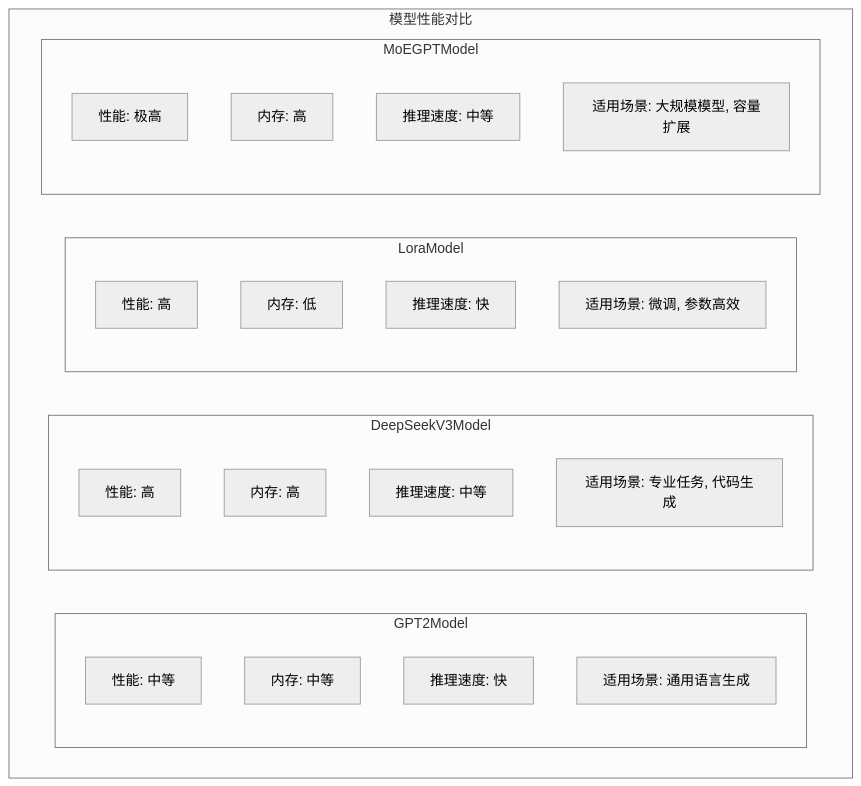
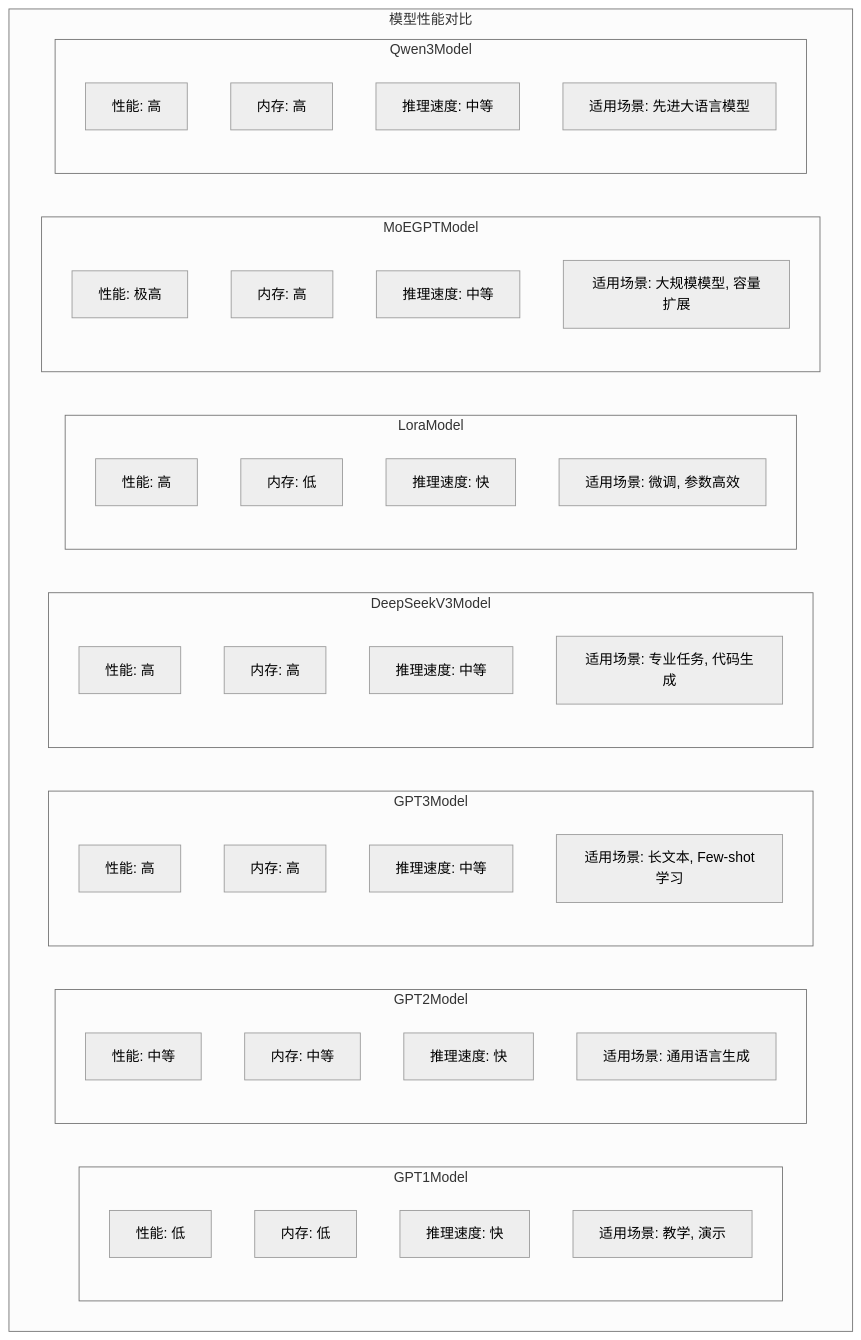
One commit to Leavesfly/TinyAI changed diagram 16 of 17 in .qoder/repowiki/zh/content/模型实现/模型实现.md. Above: the diagram before and after it, drawn with Mermaid (neutral theme). The commit also changed other lines of this file and 40 other files, not shown here.

````diff
--- a/.qoder/repowiki/zh/content/模型实现/模型实现.md
+++ b/.qoder/repowiki/zh/content/模型实现/模型实现.md
@@ -666,29 +1037,47 @@
 ```mermaid
 graph TB
 subgraph "模型性能对比"
+subgraph "GPT1Model"
+GPT1Perf[性能: 低]
+GPT1Mem[内存: 低]
+GPT1Speed[推理速度: 快]
+GPT1Use[适用场景: 教学, 演示]
+end
 subgraph "GPT2Model"
 GPT2Perf[性能: 中等]
 GPT2Mem[内存: 中等]
 GPT2Speed[推理速度: 快]
 GPT2Use[适用场景: 通用语言生成]
+end
+subgraph "GPT3Model"
+GPT3Perf[性能: 高]
+GPT3Mem[内存: 高]
+GPT3Speed[推理速度: 中等]
+GPT3Use[适用场景: 长文本, Few-shot学习]
 end
 subgraph "DeepSeekV3Model"
 DSPerf[性能: 高]
 DSMem[内存: 高]
 DSSpeed[推理速度: 中等]
 DSUse[适用场景: 专业任务, 代码生成]
 end
 subgraph "LoraModel"
 LoPerf[性能: 高]
 LoMem[内存: 低]
 LoSpeed[推理速度: 快]
 LoUse[适用场景: 微调, 参数高效]
 end
 subgraph "MoEGPTModel"
 MoPerf[性能: 极高]
 MoMem[内存: 高]
 MoSpeed[推理速度: 中等]
 MoUse[适用场景: 大规模模型, 容量扩展]
 end
+subgraph "Qwen3Model"
+QWPerf[性能: 高]
+QWMem[内存: 高]
+QWSpeed[推理速度: 中等]
+QWUse[适用场景: 先进大语言模型]
+end
 end
 ```
````
